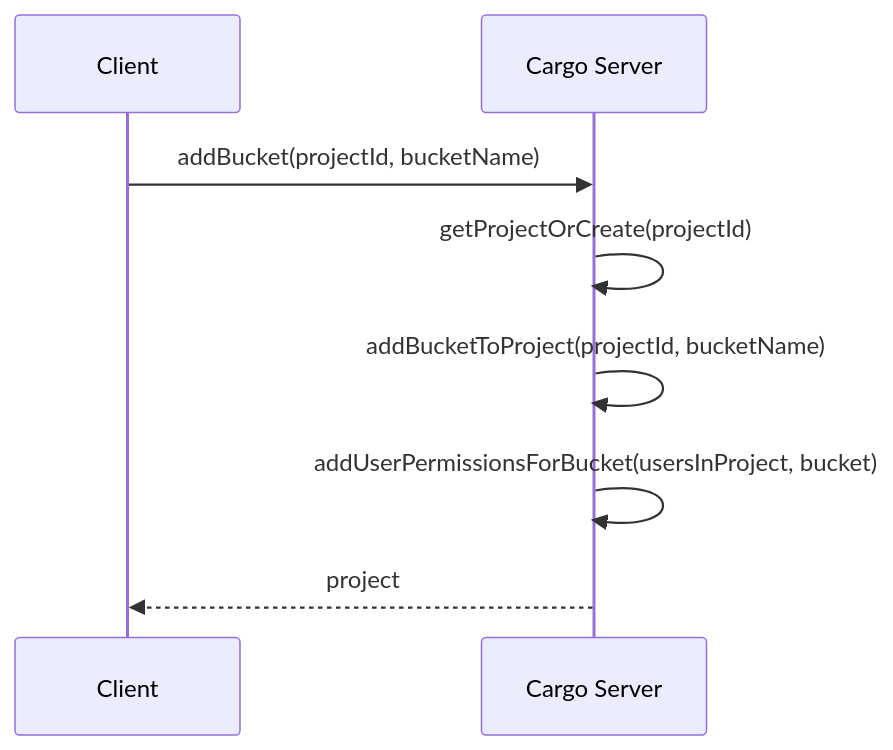
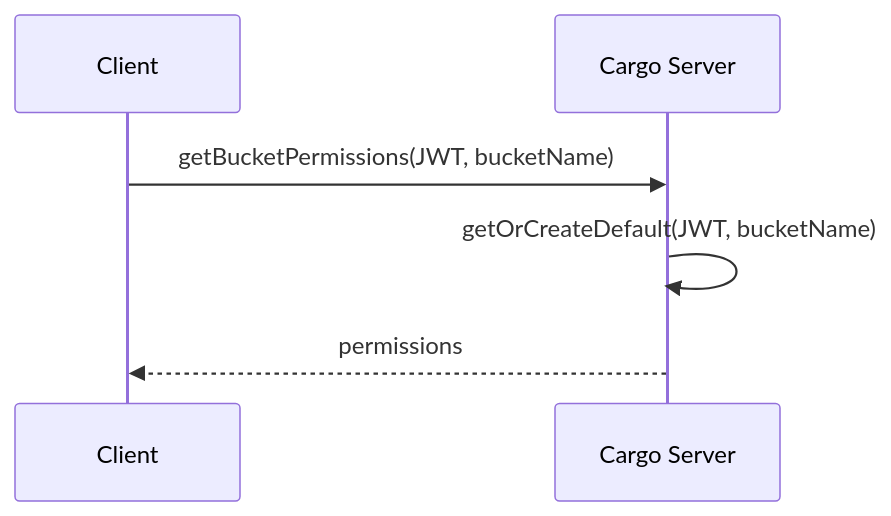
One commit to hicsail/object-storage-service changed the first of 4 diagrams in packages/server/README.md. Above: the diagram before and after it, drawn with Mermaid. The commit also changed other lines of this file, not shown here.

Commit message:
Update server README

````diff
--- a/packages/server/README.md
+++ b/packages/server/README.md
@@ -24,8 +24,6 @@
 ```mermaid
 sequenceDiagram
-Client ->> Cargo Server: addBucket(projectId, bucketName)
-Cargo Server ->> Cargo Server: getProjectOrCreate(projectId)
-Cargo Server ->> Cargo Server: addBucketToProject(projectId, bucketName)
-Cargo Server ->> Cargo Server: addUserPermissionsForBucket(usersInProject, bucket)
-Cargo Server -->> Client: project
+Client ->> Cargo Server: getBucketPermissions(JWT, bucketName)
+Cargo Server ->> Cargo Server: getOrCreateDefault(JWT, bucketName)
+Cargo Server -->> Client: permissions
 ```
````
